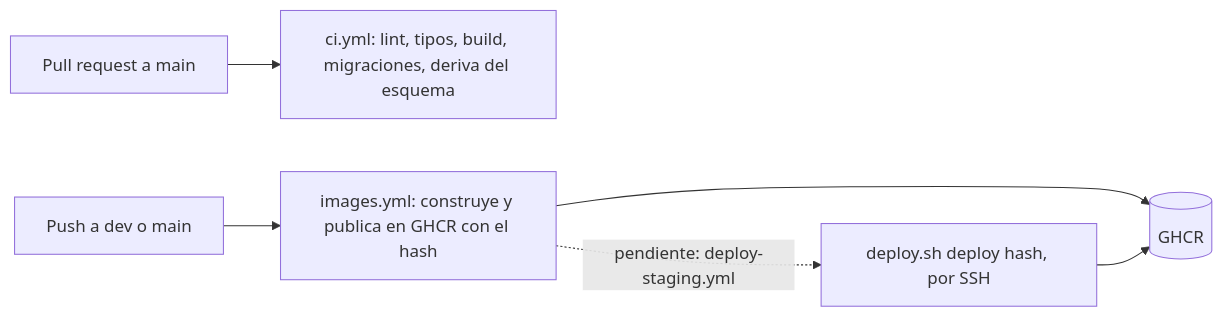
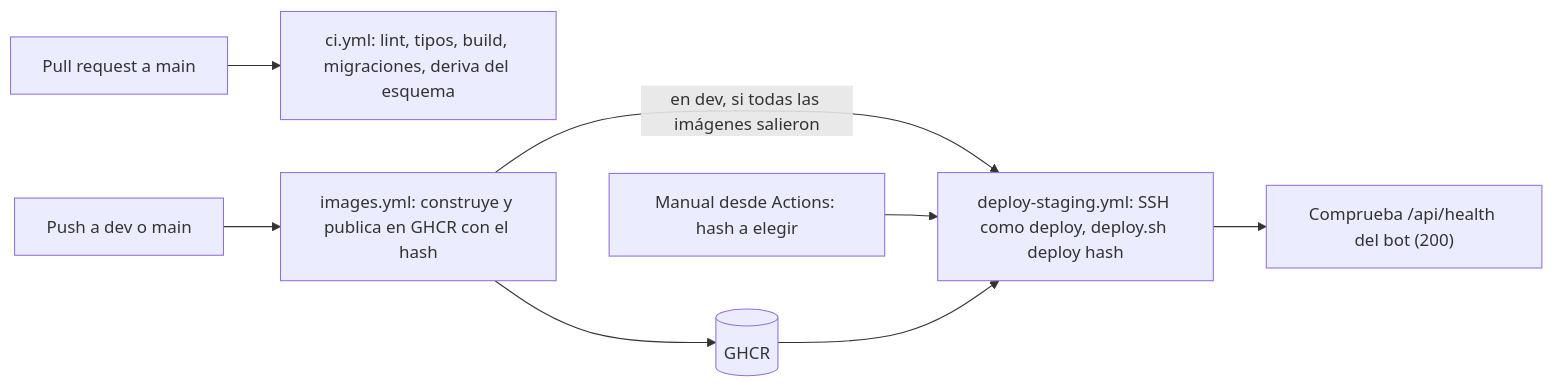
One commit to clapi-labs/clapi-dispatch changed the seventh of 7 diagrams in docs/INFRAESTRUCTURA.md. Above: the diagram before and after it, drawn with Mermaid. The commit also changed other lines of this file and 4 other files, not shown here.

Commit message:
CD a staging: desplegar por SSH al publicar las imágenes de dev, con comprobación de salud y despliegue manual por hash (#81)

````diff
--- a/docs/INFRAESTRUCTURA.md
+++ b/docs/INFRAESTRUCTURA.md
@@ -333,8 +333,10 @@
 ```mermaid
 flowchart LR
     PR[Pull request a main] --> CI["ci.yml: lint, tipos, build, migraciones, deriva del esquema"]
     PUSH[Push a dev o main] --> IMG["images.yml: construye y publica en GHCR con el hash"]
     IMG --> GHCR[(GHCR)]
-    MANUAL["deploy.sh deploy hash, por SSH"] --> GHCR
-    IMG -. "pendiente: deploy-staging.yml" .-> MANUAL
+    IMG -- "en dev, si todas las imágenes salieron" --> DEP["deploy-staging.yml: SSH como deploy, deploy.sh deploy hash"]
+    MANUAL["Manual desde Actions: hash a elegir"] --> DEP
+    GHCR --> DEP
+    DEP --> HC["Comprueba /api/health del bot (200)"]
 ```
````
